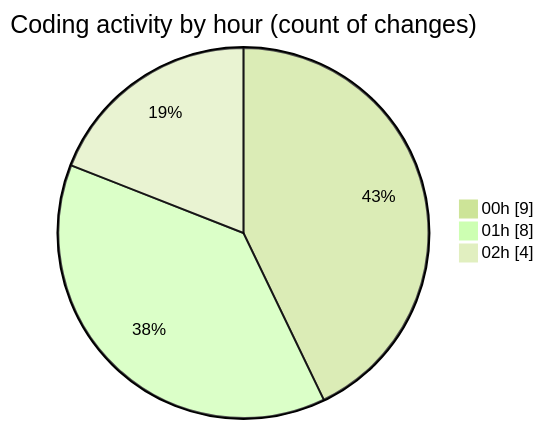
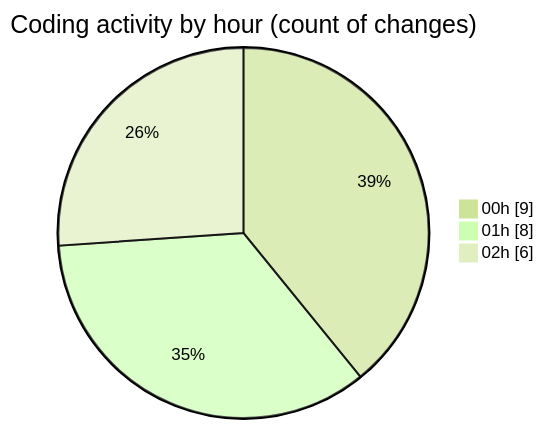
One commit to jrari/code-tracking changed the second of 2 diagrams in 2025-07-14/telebot/README.md. Above: the diagram before and after it, drawn with Mermaid (forest theme). The commit also changed other lines of this file and 1 other file, not shown here.

````diff
--- a/2025-07-14/telebot/README.md
+++ b/2025-07-14/telebot/README.md
@@ -37,7 +38,7 @@
 ```mermaid
 pie showData
 title Coding activity by hour (count of changes)
 "00h" : 9
 "01h" : 8
-"02h" : 4
+"02h" : 6
 ```
````
